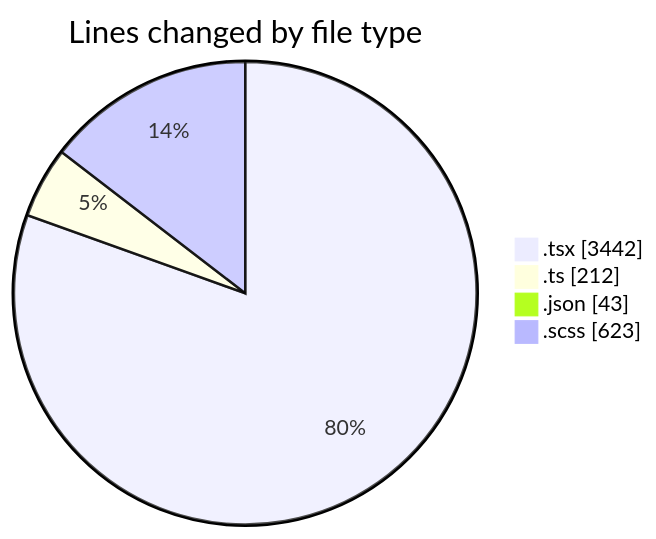
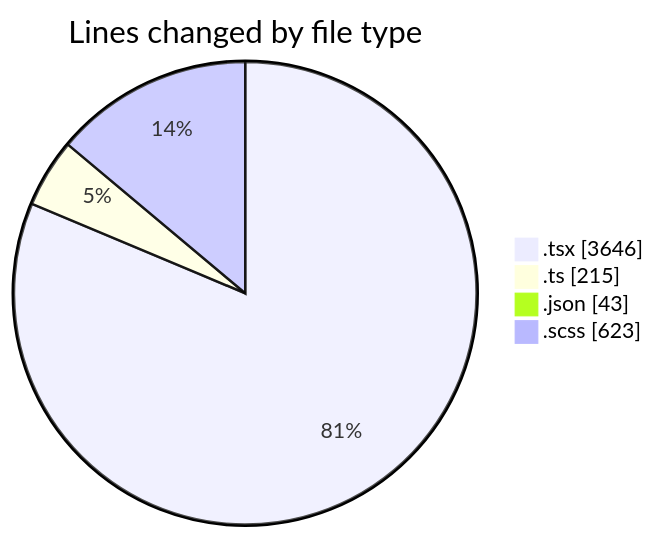
The first of 2 diagrams in 2025-09-23/cda/README.md (momahboobian/code-tracking), drawn with Mermaid before and after one commit. The commit also changed other lines of this file and 1 other file, not shown here.

````diff
--- a/2025-09-23/cda/README.md
+++ b/2025-09-23/cda/README.md
@@ -31,8 +34,8 @@
 ```mermaid
 pie showData
 title Lines changed by file type
-".tsx" : 3442
-".ts" : 212
+".tsx" : 3646
+".ts" : 215
 ".json" : 43
 ".scss" : 623
 ```
````
